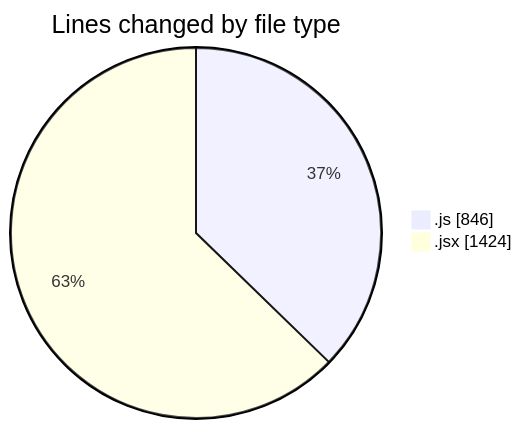
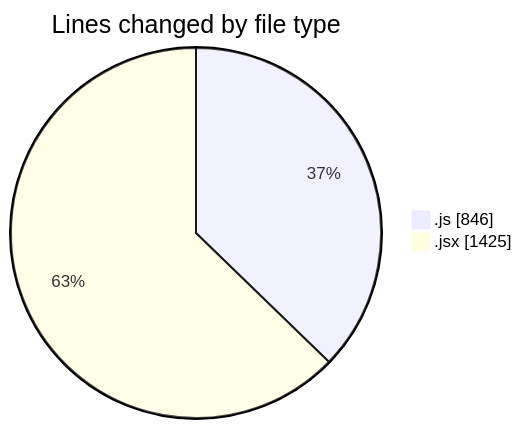
One commit to nxtqubesakshisongat/code-tracking changed the first of 2 diagrams in 2025-12-01/nxtqube_webapp/README.md. Above: the diagram before and after it, drawn with Mermaid. The commit also changed other lines of this file and 1 other file, not shown here.

````diff
--- a/2025-12-01/nxtqube_webapp/README.md
+++ b/2025-12-01/nxtqube_webapp/README.md
@@ -25,6 +25,6 @@
 ```mermaid
 pie showData
 title Lines changed by file type
 ".js" : 846
-".jsx" : 1424
+".jsx" : 1425
 ```
````
